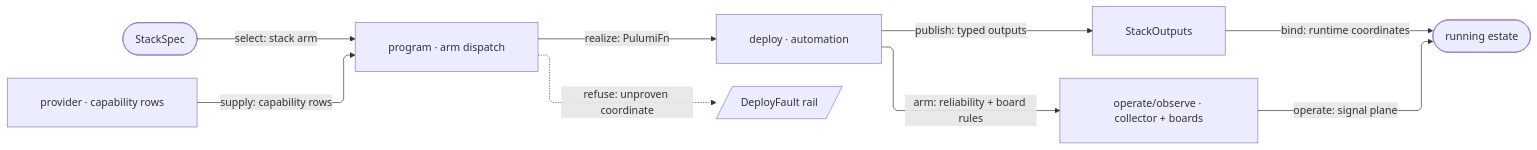
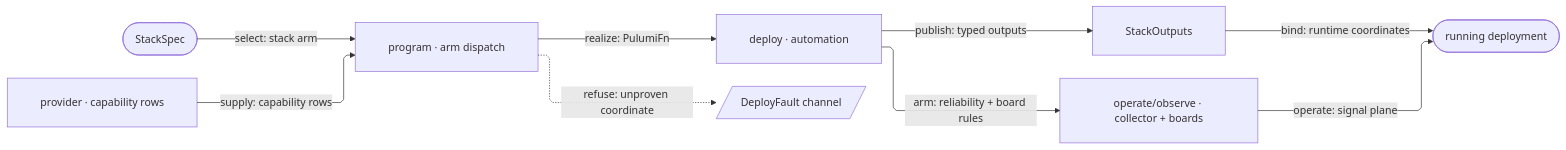
The third of 3 diagrams in libs/typescript/iac/ARCHITECTURE.md (bsamiee/Rasm), drawn with Mermaid before and after one commit. The commit also changed other lines of this file and 1997 other files, not shown here.

````diff
--- a/libs/typescript/iac/ARCHITECTURE.md
+++ b/libs/typescript/iac/ARCHITECTURE.md
@@ -123,28 +123,28 @@
 ```mermaid
 ---
 config:
   layout: elk
   flowchart:
     curve: linear
     padding: 25
 ---
 flowchart LR
     accTitle: IaC realization spine
-    accDescr: Stack specs and provider rows drive program dispatch, deployment, typed outputs, and estate observation.
+    accDescr: Stack specs and provider rows drive program dispatch, deployment, typed outputs, and deployment observation.
     Spec([StackSpec])
     Providers[provider · capability rows]
     Program[program · arm dispatch]
     Deploy[deploy · automation]
     Outputs[StackOutputs]
     Observe[operate/observe · collector + boards]
-    Estate([running estate])
-    Fault[/DeployFault rail/]
+    Deployed([running deployment])
+    Fault[/DeployFault channel/]
     Spec e1@-->|"select: stack arm"| Program
     Providers e2@-->|"supply: capability rows"| Program
     Program f1@-.->|"refuse: unproven coordinate"| Fault
     Program e3@-->|"realize: PulumiFn"| Deploy
     Deploy e4@-->|"publish: typed outputs"| Outputs
     Deploy e5@-->|"arm: reliability + board rules"| Observe
-    Outputs e6@-->|"bind: runtime coordinates"| Estate
-    Observe e7@-->|"operate: signal plane"| Estate
+    Outputs e6@-->|"bind: runtime coordinates"| Deployed
+    Observe e7@-->|"operate: signal plane"| Deployed
 ```
````
